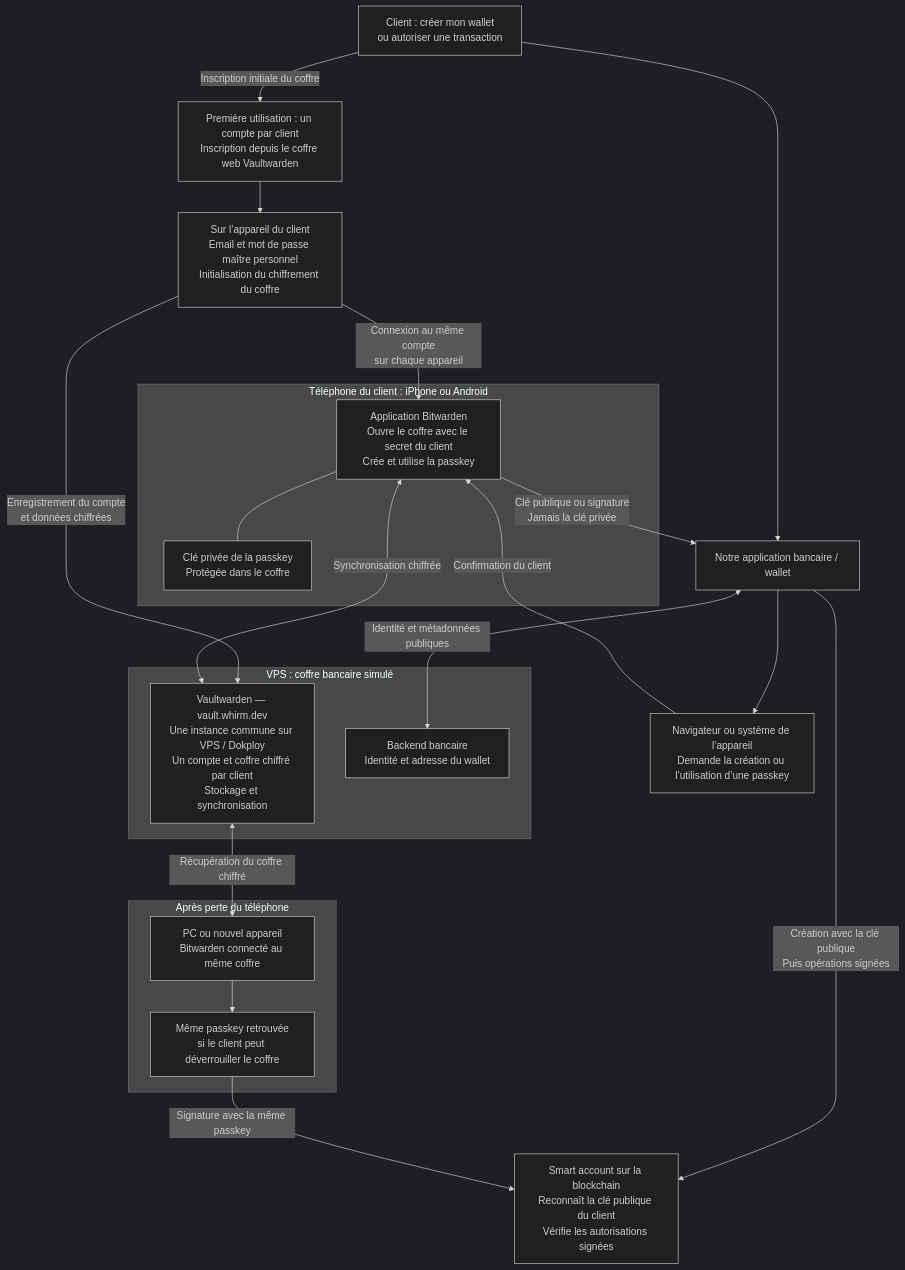
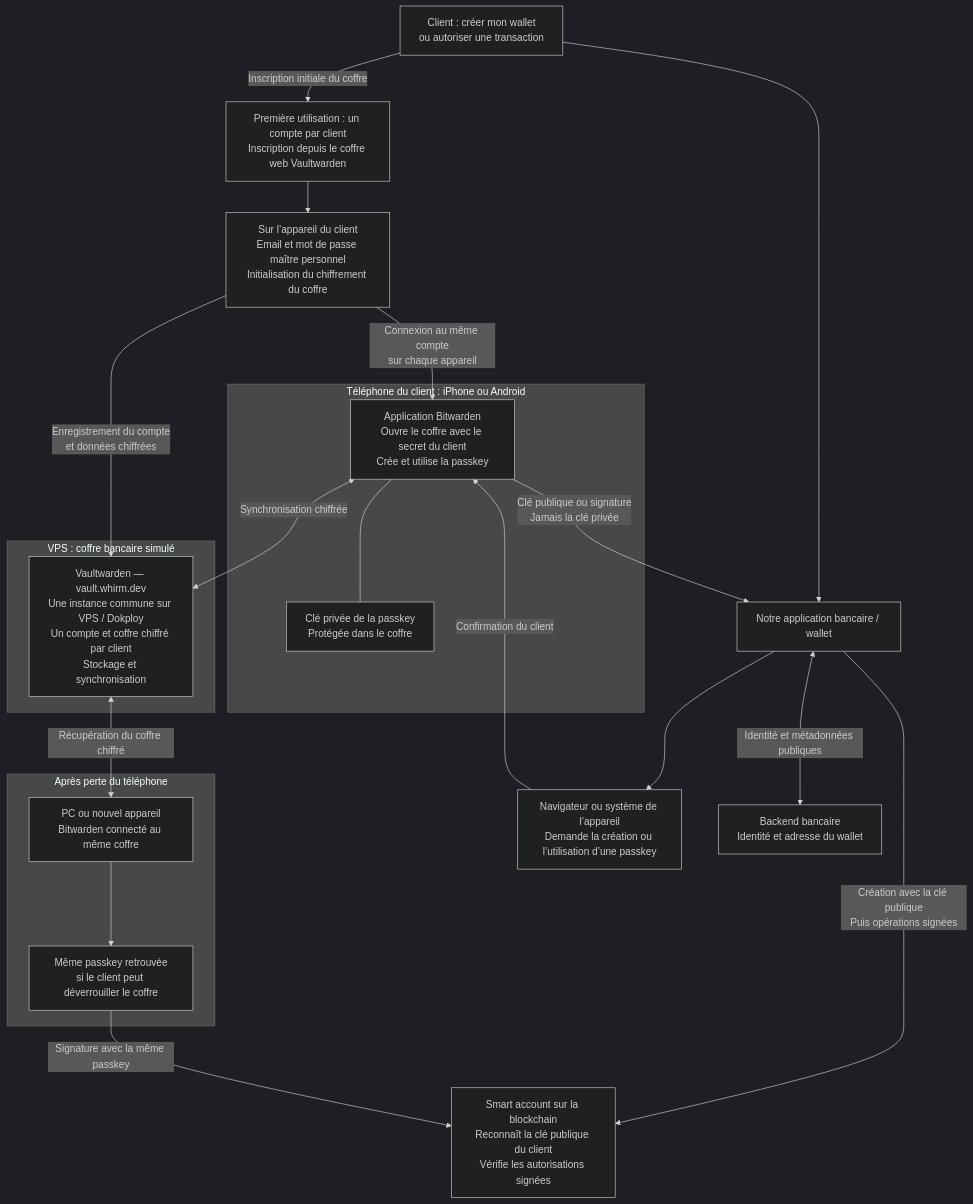
The diagram in docs/schema.md (whirm-hackaton/whirm-vault-poc), drawn with Mermaid (dark theme) before and after one commit.

Commit message:
Show bank API separately from the VPS vault in the diagram

````diff
--- a/docs/schema.md
+++ b/docs/schema.md
@@ -5,45 +5,46 @@
 ```mermaid
 flowchart TB
     U["Client : créer mon wallet<br/>ou autoriser une transaction"]
     APP["Notre application bancaire / wallet"]
     OS["Navigateur ou système de l’appareil<br/>Demande la création ou l’utilisation d’une passkey"]
 
     REG["Première utilisation : un compte par client<br/>Inscription depuis le coffre web Vaultwarden"]
     INIT["Sur l’appareil du client<br/>Email et mot de passe maître personnel<br/>Initialisation du chiffrement du coffre"]
     U -->|"Inscription initiale du coffre"| REG
     REG --> INIT
     INIT -->|"Enregistrement du compte<br/>et données chiffrées"| VW
     INIT -->|"Connexion au même compte<br/>sur chaque appareil"| BW
 
     U --> APP
     APP --> OS
 
     subgraph TEL["Téléphone du client : iPhone ou Android"]
         BW["Application Bitwarden<br/>Ouvre le coffre avec le secret du client<br/>Crée et utilise la passkey"]
         KEY["Clé privée de la passkey<br/>Protégée dans le coffre"]
         BW --- KEY
     end
 
     OS -->|"Confirmation du client"| BW
     BW -->|"Clé publique ou signature<br/>Jamais la clé privée"| APP
 
     subgraph BANK["VPS : coffre bancaire simulé"]
         VW["Vaultwarden — vault.whirm.dev<br/>Une instance commune sur VPS / Dokploy<br/>Un compte et coffre chiffré par client<br/>Stockage et synchronisation"]
-        API["Backend bancaire<br/>Identité et adresse du wallet"]
     end
+
+    API["Backend bancaire<br/>Identité et adresse du wallet"]
 
     BW <-->|"Synchronisation chiffrée"| VW
     APP <-->|"Identité et métadonnées publiques"| API
 
     WALLET["Smart account sur la blockchain<br/>Reconnaît la clé publique du client<br/>Vérifie les autorisations signées"]
     APP -->|"Création avec la clé publique<br/>Puis opérations signées"| WALLET
 
     subgraph RECOVERY["Après perte du téléphone"]
         NEW["PC ou nouvel appareil<br/>Bitwarden connecté au même coffre"]
         ACCESS["Même passkey retrouvée<br/>si le client peut déverrouiller le coffre"]
         NEW --> ACCESS
     end
 
     VW <-->|"Récupération du coffre chiffré"| NEW
     ACCESS -->|"Signature avec la même passkey"| WALLET
 ```
````
